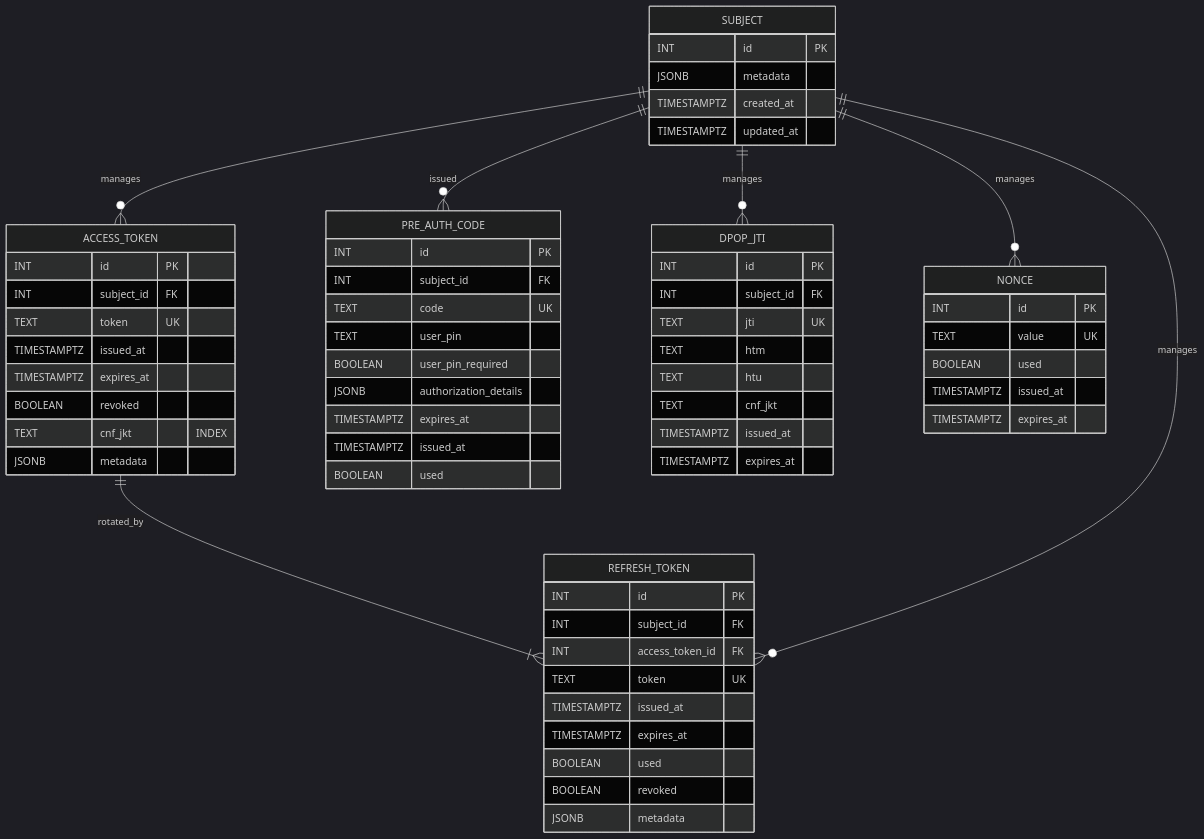
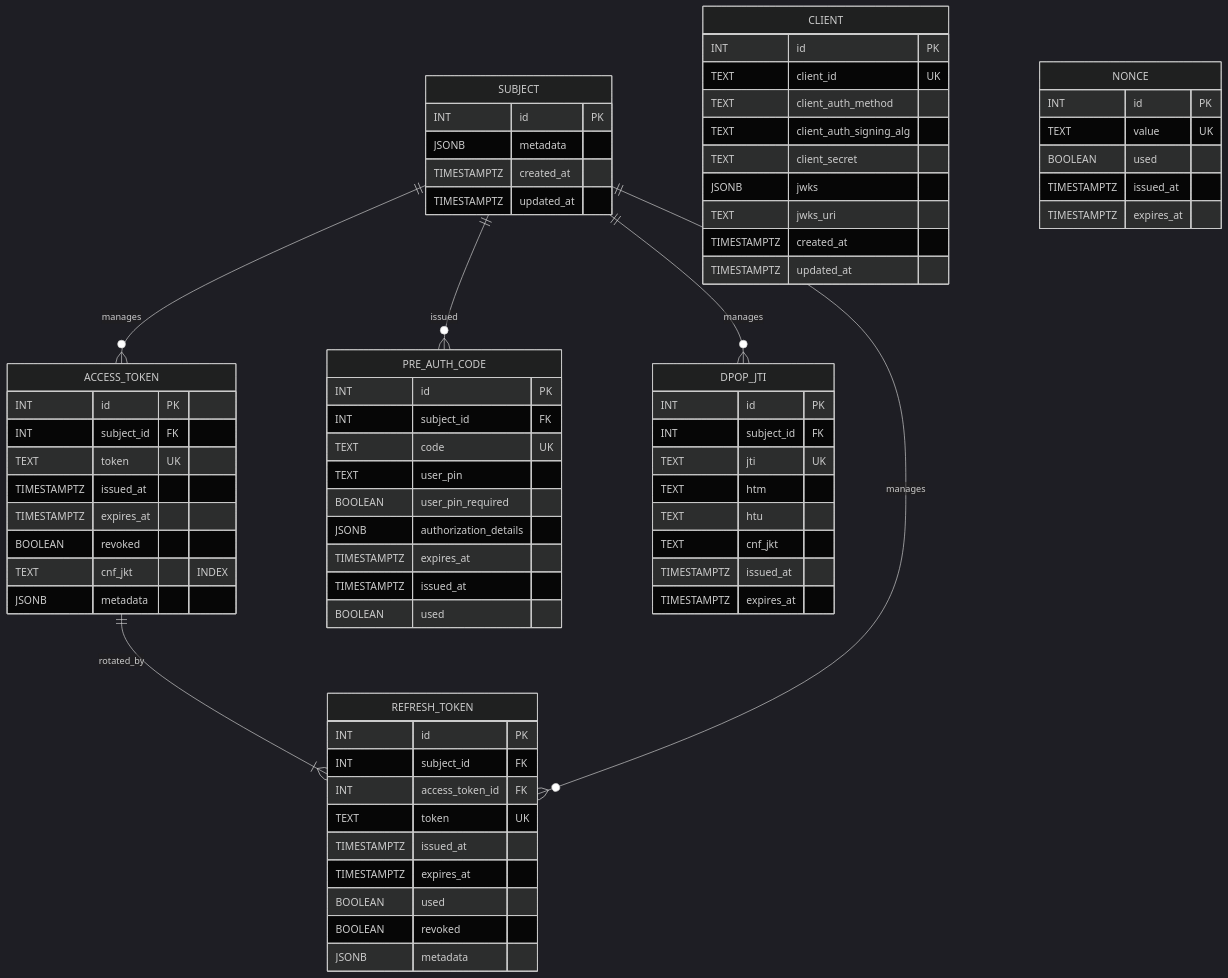
The seventh of 7 diagrams in oid4vc/auth_server/docs/auth-server-design.md (ongov/aries-acapy-plugins), drawn with Mermaid (dark theme) before and after one commit. The commit also changed other lines of this file and 39 other files, not shown here.

Commit message:
add auth client

````diff
--- a/oid4vc/auth_server/docs/auth-server-design.md
+++ b/oid4vc/auth_server/docs/auth-server-design.md
@@ -674,70 +674,82 @@
 ```mermaid
 erDiagram
     ACCESS_TOKEN ||--|{ REFRESH_TOKEN : rotated_by
     SUBJECT ||--o{ PRE_AUTH_CODE : issued
     SUBJECT ||--o{ ACCESS_TOKEN : manages
     SUBJECT ||--o{ REFRESH_TOKEN : manages
     SUBJECT ||--o{ DPOP_JTI : manages
-    SUBJECT ||--o{ NONCE : manages
+    CLIENT
 
     SUBJECT {
         INT id PK
         JSONB metadata
         TIMESTAMPTZ created_at
         TIMESTAMPTZ updated_at
     }
 
     PRE_AUTH_CODE {
         INT id PK
         INT subject_id FK
         TEXT code UK
         TEXT user_pin
         BOOLEAN user_pin_required
         JSONB authorization_details
         TIMESTAMPTZ expires_at
         TIMESTAMPTZ issued_at
         BOOLEAN used
     }
 
     ACCESS_TOKEN {
         INT id PK
         INT subject_id FK
         TEXT token UK
         TIMESTAMPTZ issued_at
         TIMESTAMPTZ expires_at
         BOOLEAN revoked
         TEXT cnf_jkt "INDEX"
         JSONB metadata
     }
 
     REFRESH_TOKEN {
         INT id PK
         INT subject_id FK
         INT access_token_id FK
         TEXT token UK
         TIMESTAMPTZ issued_at
         TIMESTAMPTZ expires_at
         BOOLEAN used
         BOOLEAN revoked
         JSONB metadata
     }
 
     DPOP_JTI {
         INT id PK
         INT subject_id FK
         TEXT jti UK
         TEXT htm
         TEXT htu
         TEXT cnf_jkt
         TIMESTAMPTZ issued_at
         TIMESTAMPTZ expires_at
     }
 
     NONCE {
         INT id PK
         TEXT value UK
         BOOLEAN used
         TIMESTAMPTZ issued_at
         TIMESTAMPTZ expires_at
     }
+
+    CLIENT {
+        INT id PK
+        TEXT client_id UK
+        TEXT client_auth_method
+        TEXT client_auth_signing_alg
+        TEXT client_secret
+        JSONB jwks
+        TEXT jwks_uri
+        TIMESTAMPTZ created_at
+        TIMESTAMPTZ updated_at
+    }
 ```
````
